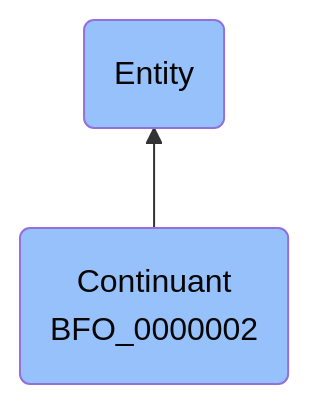
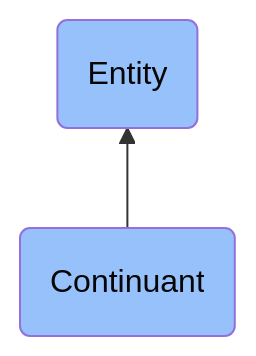
Before and after one commit to jupyter-naas/abi: the diagram in docs/ontology/reference/model/Entity/Continuant/Continuant.md, drawn with Mermaid. The commit also changed other lines of this file and 1430 other files, not shown here.

````diff
--- a/docs/ontology/reference/model/Entity/Continuant/Continuant.md
+++ b/docs/ontology/reference/model/Entity/Continuant/Continuant.md
@@ -24,9 +24,9 @@
 ```mermaid
 graph BT
-    BFO_0000002(Continuant<br>BFO_0000002):::BFO-->BFO_0000001
+    BFO_0000002(Continuant):::BFO-->BFO_0000001
     BFO_0000001(Entity):::BFO
     
     classDef BFO fill:#97c1fb,color:#060606
     classDef CCO fill:#e4c51e,color:#060606
     classDef ABI fill:#48DD82,color:#060606
 ```
````
